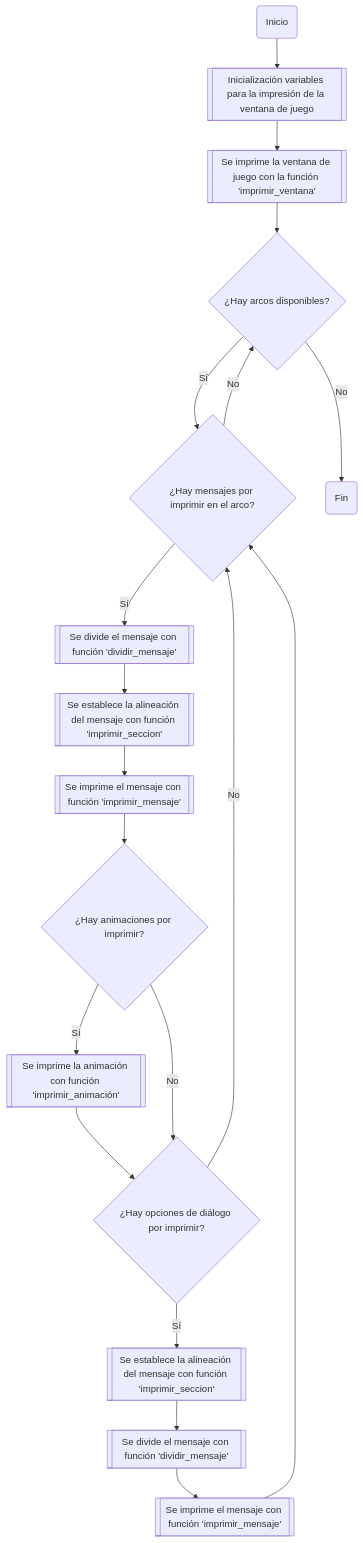
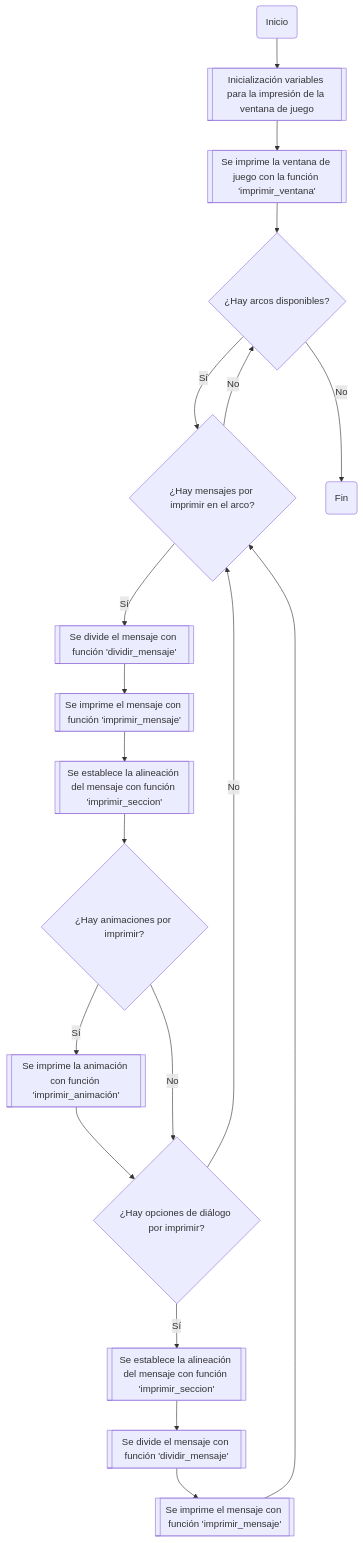
The first of 10 diagrams in README.md (JuanJoToAl/Juego---Los_vivos_mienten), drawn with Mermaid before and after one commit.

Commit message:
Actualización diagrama de flujo general

````diff
--- a/README.md
+++ b/README.md
@@ -27,21 +27,21 @@
 ```mermaid
 flowchart TB
     A(Inicio) --> B[[Inicialización variables para la impresión de la ventana de juego]]
     B --> C[["Se imprime la ventana de juego con la función 'imprimir_ventana'"]]
     C --> D{¿Hay arcos disponibles?}
     D-- Sí --> F{¿Hay mensajes por imprimir en el arco?}
         F -- Sí --> G[["Se divide el mensaje con función 'dividir_mensaje'"]]
-            G --> H[[Se establece la alineación del mensaje con función 'imprimir_seccion']]
-            H --> I[["Se imprime el mensaje con función 'imprimir_mensaje'"]]
+            G --> H[["Se imprime el mensaje con función 'imprimir_mensaje'"]]
+            H --> I[[Se establece la alineación del mensaje con función 'imprimir_seccion']]
             I --> J{¿Hay animaciones por imprimir?}
             J -- Sí --> K[["Se imprime la animación con función 'imprimir_animación'"]]
                 K --> L{¿Hay opciones de diálogo por imprimir?}
                 L -- Sí --> M[[Se establece la alineación del mensaje con función 'imprimir_seccion']]
                     M --> N[["Se divide el mensaje con función 'dividir_mensaje'"]]
                     N --> O[["Se imprime el mensaje con función 'imprimir_mensaje'"]]
                     O --> F
                 L -- No --> F
             J -- No --> L
         F -- No --> D
     D -- No --> Z(Fin)
 ```
````
